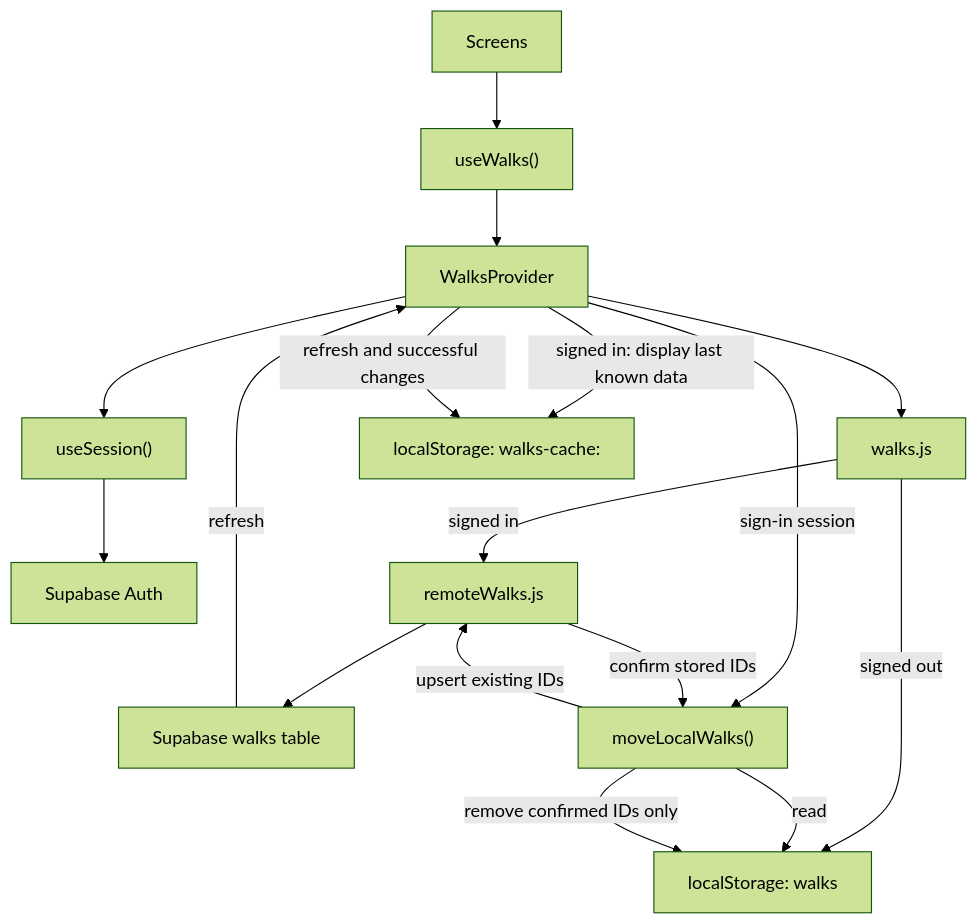
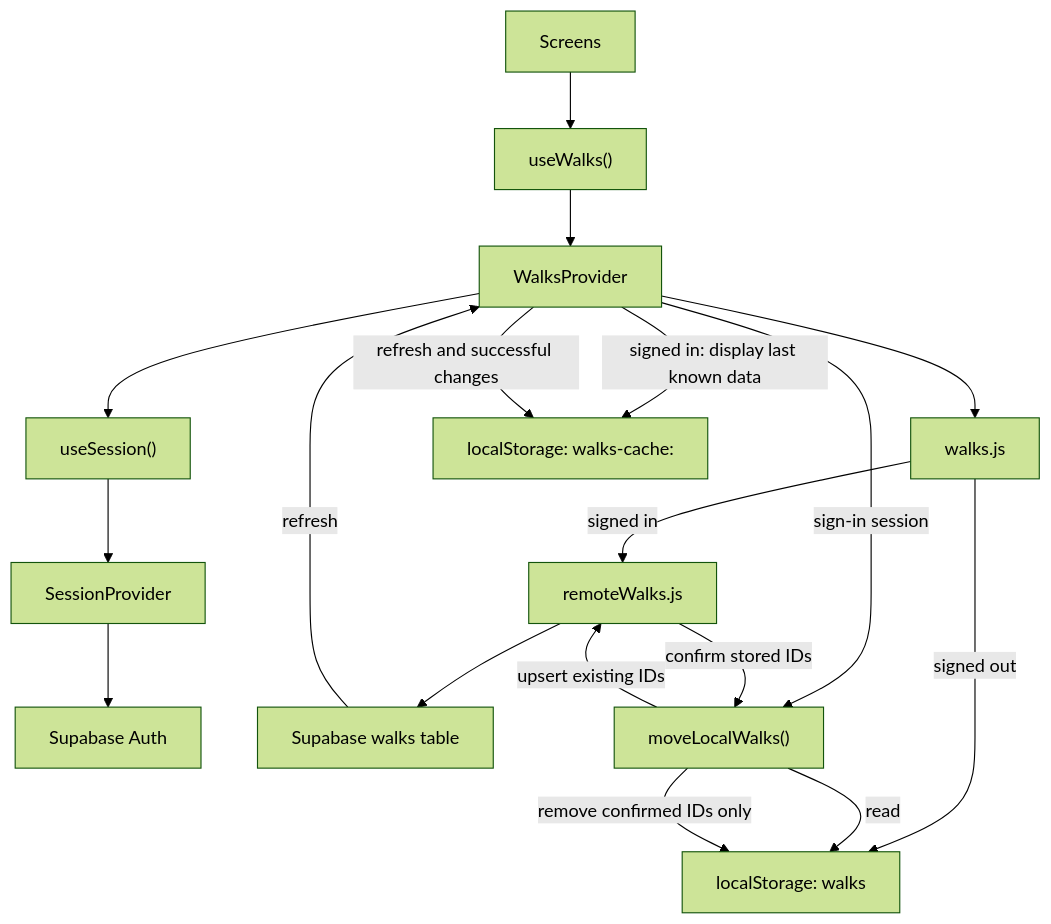
One commit to xkh-dev/walk-log changed the diagram in docs/architecture.md. Above: the diagram before and after it, drawn with Mermaid (forest theme). The commit also changed other lines of this file and 23 other files, not shown here.

````diff
--- a/docs/architecture.md
+++ b/docs/architecture.md
@@ -9,22 +9,23 @@
 ```mermaid
 flowchart TD
     screen["Screens"] --> hook["useWalks()"]
     hook --> provider["WalksProvider"]
     provider --> session["useSession()"]
-    session --> auth["Supabase Auth"]
+    session --> sessionProvider["SessionProvider"]
+    sessionProvider --> auth["Supabase Auth"]
 
     provider --> walks["walks.js"]
     walks -->|signed out| local["localStorage: walks"]
     walks -->|signed in| remote["remoteWalks.js"]
     remote --> table["Supabase walks table"]
 
     provider -->|signed in: display last known data| cache["localStorage: walks-cache:<userId>"]
     table -->|refresh| provider
     provider -->|refresh and successful changes| cache
 
     provider -->|sign-in session| migration["moveLocalWalks()"]
     migration -->|read| local
     migration -->|upsert existing IDs| remote
     remote -->|confirm stored IDs| migration
     migration -->|remove confirmed IDs only| local
 ```
````
